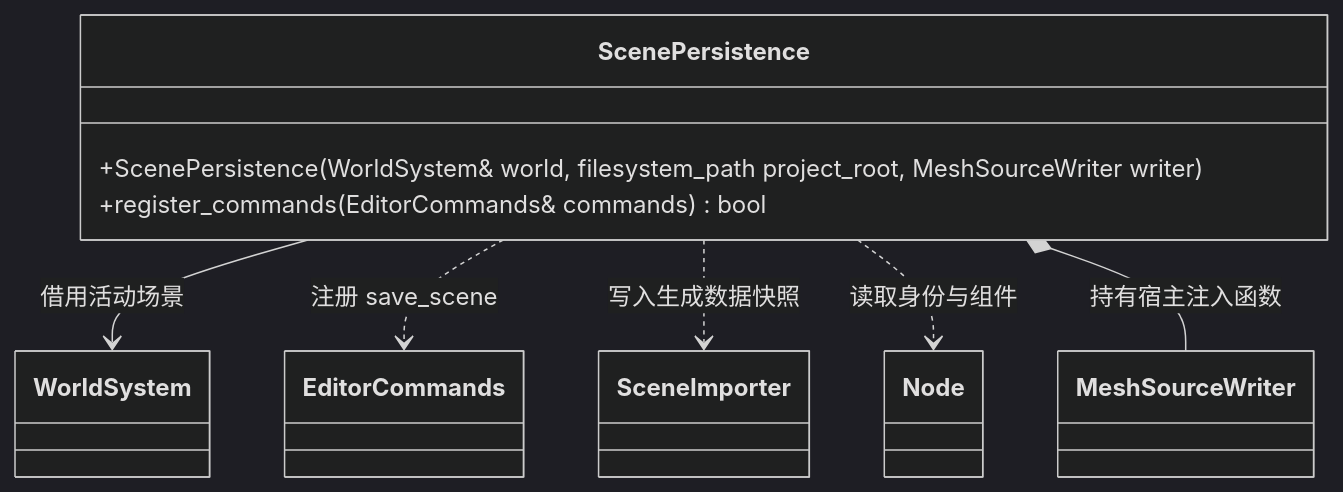
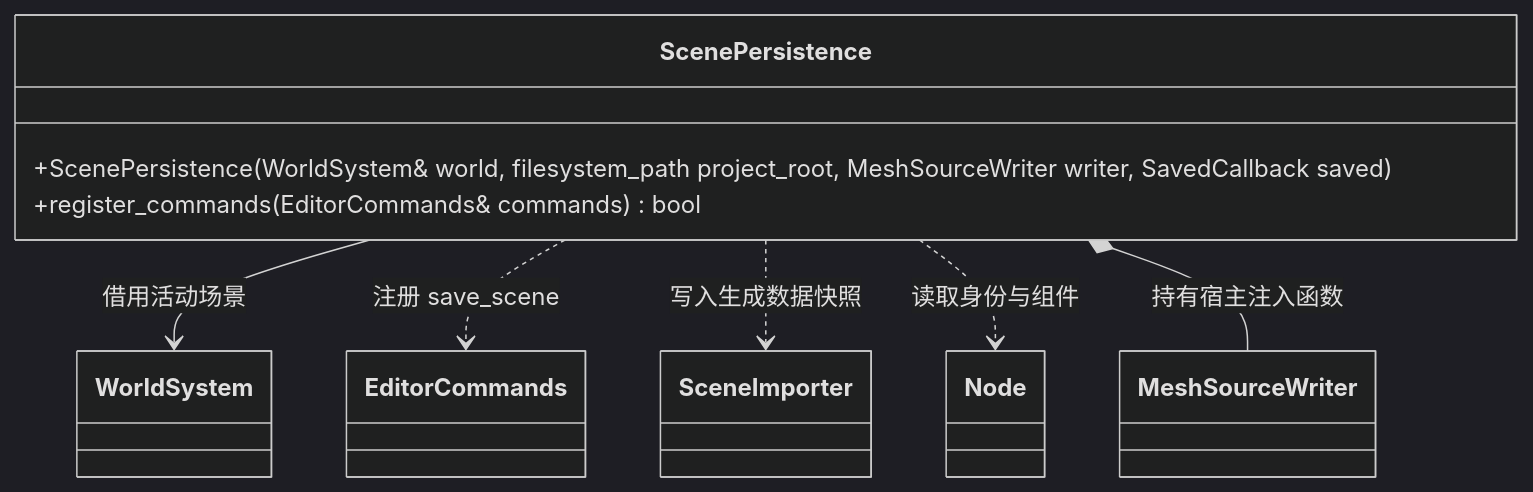
One commit to lcals/Engine changed the diagram in docs/editor/class-diagrams/scene-persistence.md. Above: the diagram before and after it, drawn with Mermaid (dark theme). The commit also changed other lines of this file and 93 other files, not shown here.

````diff
--- a/docs/editor/class-diagrams/scene-persistence.md
+++ b/docs/editor/class-diagrams/scene-persistence.md
@@ -5,17 +5,17 @@
 ```mermaid
 classDiagram
     class ScenePersistence {
-        +ScenePersistence(WorldSystem& world, filesystem_path project_root, MeshSourceWriter writer)
+        +ScenePersistence(WorldSystem& world, filesystem_path project_root, MeshSourceWriter writer, SavedCallback saved)
         +register_commands(EditorCommands& commands) bool
     }
     class WorldSystem
     class EditorCommands
     class SceneImporter
     class Node
     class MeshSourceWriter
     ScenePersistence --> WorldSystem : 借用活动场景
     ScenePersistence ..> EditorCommands : 注册 save_scene
     ScenePersistence ..> SceneImporter : 写入生成数据快照
     ScenePersistence ..> Node : 读取身份与组件
     ScenePersistence *-- MeshSourceWriter : 持有宿主注入函数
 ```
````
